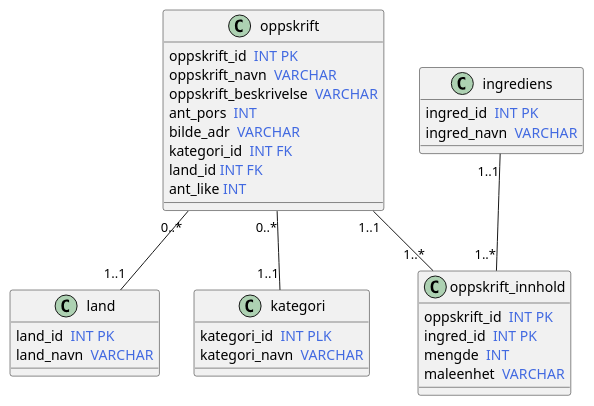
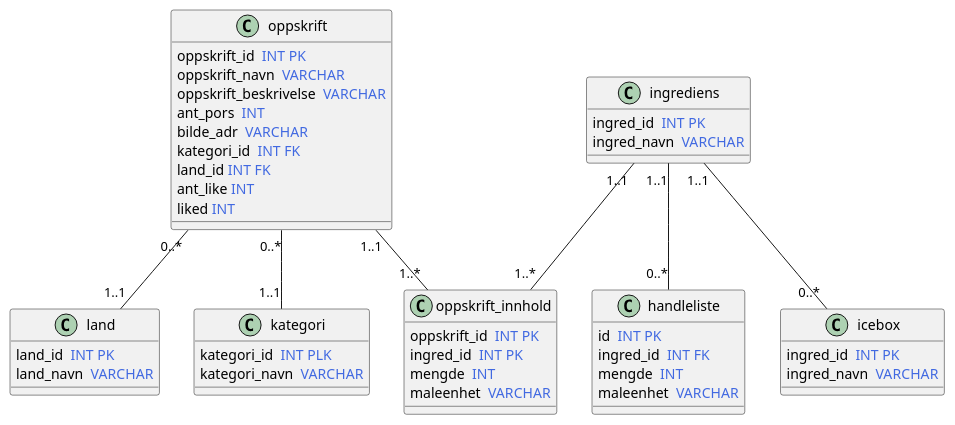
The diagram in databaseER.wsd (pettern11/matprat), drawn with PlantUML before and after one commit.

Commit message:
er-digram

```diff
--- a/databaseER.wsd
+++ b/databaseER.wsd
@@ -1,41 +1,54 @@
 @startuml err
 
 Class oppskrift {
     oppskrift_id <color:royalBlue> INT PK 
     oppskrift_navn <color:royalBlue> VARCHAR
     oppskrift_beskrivelse <color:royalBlue> VARCHAR
     ant_pors <color:royalBlue> INT
     bilde_adr <color:royalBlue> VARCHAR 
     kategori_id <color:royalBlue> INT FK
     land_id <color:royalBlue>INT FK
     ant_like <color:royalBlue>INT
+    liked <color:royalBlue>INT
 
 }
 
 Class ingrediens{
     ingred_id <color:royalBlue> INT PK
     ingred_navn <color:royalBlue> VARCHAR
 }
 Class land{
     land_id <color:royalBlue> INT PK
     land_navn <color:royalBlue> VARCHAR
 }
 
 Class kategori{
     kategori_id <color:royalBlue> INT PLK
     kategori_navn <color:royalBlue> VARCHAR
 }
 
 Class oppskrift_innhold{
     oppskrift_id <color:royalBlue> INT PK
     ingred_id <color:royalBlue> INT PK
     mengde <color:royalBlue> INT
     maleenhet <color:royalBlue> VARCHAR
 }
+Class handleliste{
+    id <color:royalBlue> INT PK
+    ingred_id <color:royalBlue> INT FK
+    mengde <color:royalBlue> INT 
+    maleenhet <color:royalBlue> VARCHAR
+}
+Class icebox{
+    ingred_id <color:royalBlue> INT PK
+    ingred_navn <color:royalBlue> VARCHAR
+}
 
 oppskrift  "0..*" -- "1..1" land
 oppskrift  "0..*" -- "1..1" kategori
 oppskrift "1..1" -- "1..*" oppskrift_innhold
 ingrediens "1..1" -- "1..*" oppskrift_innhold
+ingrediens "1..1" -- "0..*" handleliste
+ingrediens "1..1" -- "0..*" icebox
 
 @enduml
```
